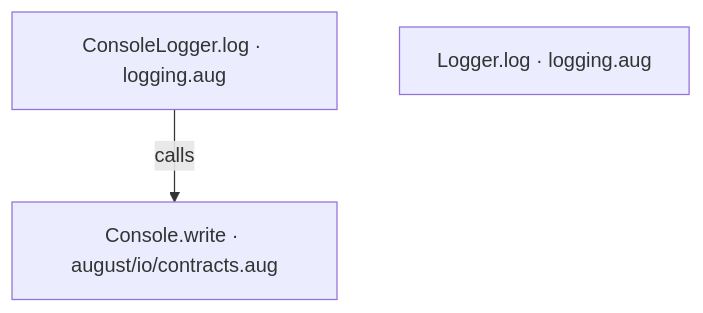
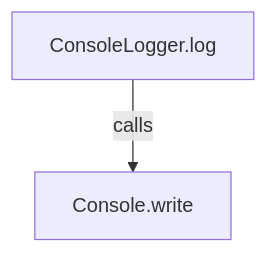
The second of 3 diagrams in docs/examples/interceptors/logging-diagrams.md (GreenPandaStudios/augscript), drawn with Mermaid before and after one commit. The commit also changed other lines of this file and 524 other files, not shown here.

Commit message:
Explain checked data flow at folder and service levels

````diff
--- a/docs/examples/interceptors/logging-diagrams.md
+++ b/docs/examples/interceptors/logging-diagrams.md
@@ -32,7 +32,6 @@
 ```mermaid
 flowchart TD
-    n0["Console.write · august/io/contracts.aug"]
-    n1["ConsoleLogger.log · logging.aug"]
-    n2["Logger.log · logging.aug"]
+    n0["Console.write"]
+    n1["ConsoleLogger.log"]
     n1 -->|"calls"| n0
 ```
````
